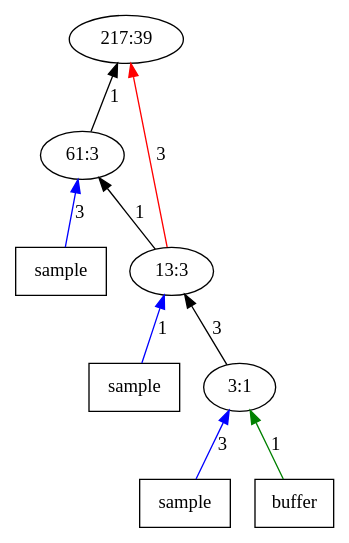
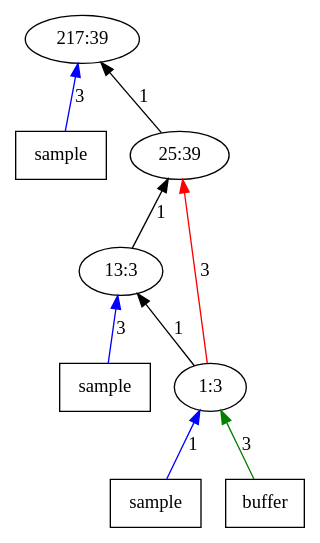
One commit to AbhikKhan/MTP_IITG changed the diagram in outputTrees/op39.dot. Above: the diagram before and after it, drawn with Graphviz. The commit also changed 378 other files, not shown here.

```diff
--- a/outputTrees/op39.dot
+++ b/outputTrees/op39.dot
@@ -1,19 +1,19 @@
 digraph Tree{
 	rankdir="BT"
+	x11 -> 1 [label = "3", color = "blue"];
+	x11 [label = "sample", shape = "box"];
 	1 [label = "217:39"];
 	2 -> 1 [label = "1", color = "black"];
-	x21 -> 2 [label = "3", color = "blue"];
-	x21 [label = "sample", shape = "box"];
-	2 [label = "61:3"];
-	3 -> 1 [label = "3", color = "red"];
+	2 [label = "25:39"];
 	3 -> 2 [label = "1", color = "black"];
-	x31 -> 3 [label = "1", color = "blue"];
+	x31 -> 3 [label = "3", color = "blue"];
 	x31 [label = "sample", shape = "box"];
 	3 [label = "13:3"];
-	4 -> 3 [label = "3", color = "black"];
-	x41 -> 4 [label = "3", color = "blue"];
+	4 -> 2 [label = "3", color = "red"];
+	4 -> 3 [label = "1", color = "black"];
+	x41 -> 4 [label = "1", color = "blue"];
 	x41 [label = "sample", shape = "box"];
-	x42 -> 4 [label = "1", color = "green"];
+	x42 -> 4 [label = "3", color = "green"];
 	x42 [label = "buffer", shape = "box"];
-	4 [label = "3:1"];
+	4 [label = "1:3"];
 }
```
